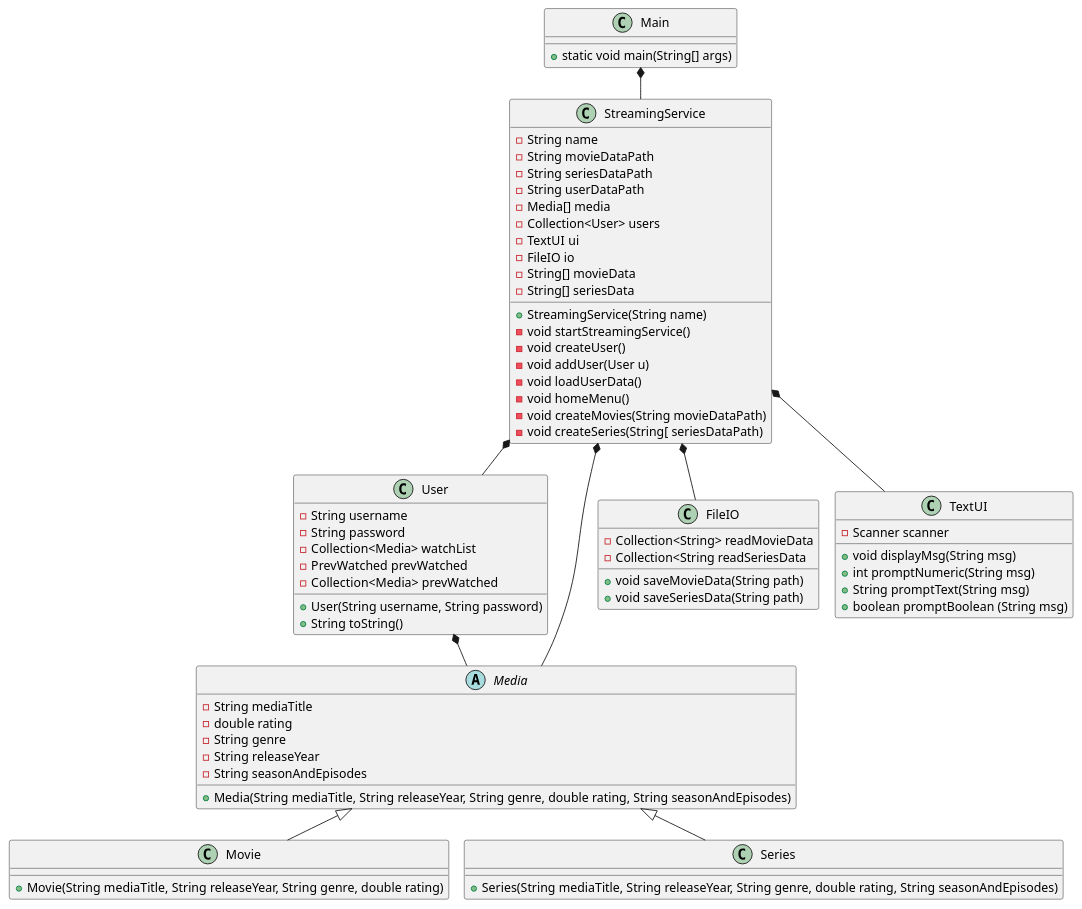
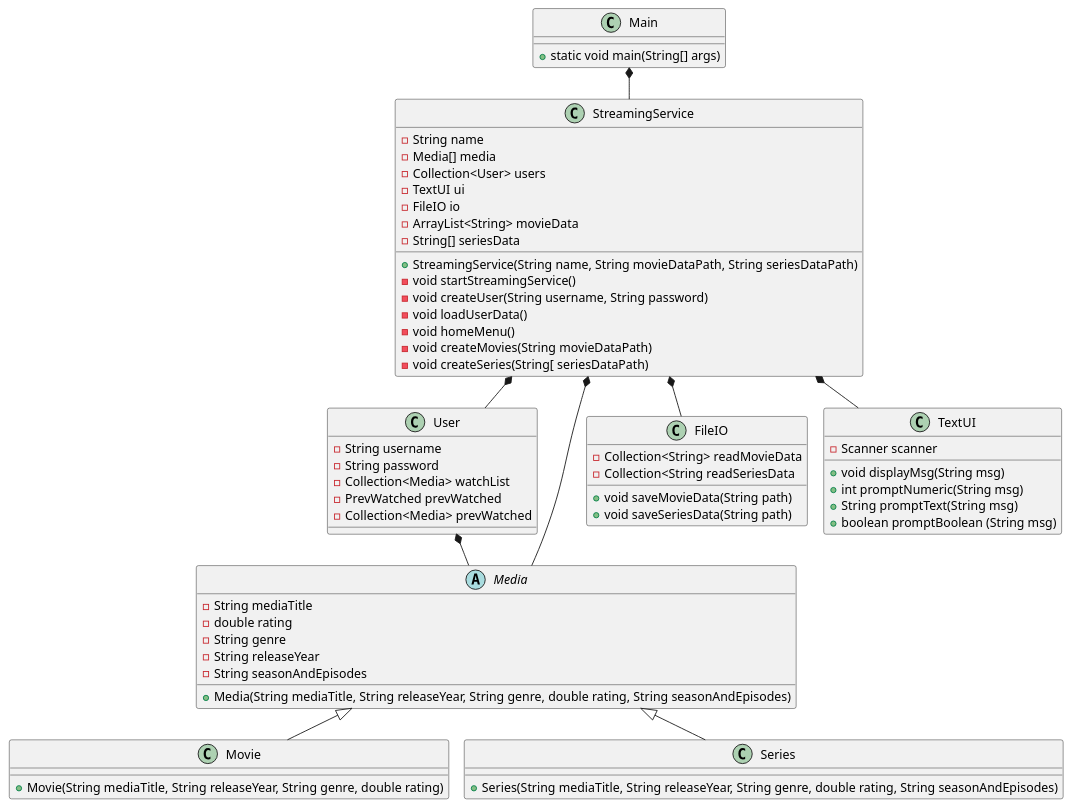
Before and after one commit to EmilDagsberg/SP3: the diagram in doc/classdiagram/classdiagram_v1.puml, drawn with PlantUML. The commit also changed 3 other files, not shown here.

```diff
--- a/doc/classdiagram/classdiagram_v1.puml
+++ b/doc/classdiagram/classdiagram_v1.puml
@@ -1,85 +1,79 @@
 @startuml
 !pragma layout smetana
 
 class Main {
 + static void main(String[] args)
 }
 
 class StreamingService{
 - String name
-- String movieDataPath
-- String seriesDataPath
-- String userDataPath
 - Media[] media
 - Collection<User> users
 - TextUI ui
 - FileIO io
-- String[] movieData
+- ArrayList<String> movieData
 - String[] seriesData
-+ StreamingService(String name)
++ StreamingService(String name, String movieDataPath, String seriesDataPath)
 - void startStreamingService()
-- void createUser()
-- void addUser(User u)
+- void createUser(String username, String password)
 - void loadUserData()
 - void homeMenu()
 - void createMovies(String movieDataPath)
 - void createSeries(String[ seriesDataPath)
 
 }
 
 class User {
 - String username
 - String password
 - Collection<Media> watchList
 - PrevWatched prevWatched
 - Collection<Media> prevWatched
-+ User(String username, String password)
-+ String toString()
 
 }
 
 
 abstract class Media{
 - String mediaTitle
 - double rating
 - String genre
 - String releaseYear
 - String seasonAndEpisodes
 +Media(String mediaTitle, String releaseYear, String genre, double rating, String seasonAndEpisodes)
 }
 
 class Movie{
 + Movie(String mediaTitle, String releaseYear, String genre, double rating)
 'metode der loader liste over film?
 
 }
 
 class Series{
 +Series(String mediaTitle, String releaseYear, String genre, double rating, String seasonAndEpisodes)
 'metode der loader liste over serier?
 }
 
 class FileIO {
 - Collection<String> readMovieData
 - Collection<String readSeriesData
 + void saveMovieData(String path)
 + void saveSeriesData(String path)
 }
 
 class TextUI {
 - Scanner scanner
 + void displayMsg(String msg)
 + int promptNumeric(String msg)
 + String promptText(String msg)
 + boolean promptBoolean (String msg)
 }
 
 Main *-- StreamingService
 StreamingService *-- User
 StreamingService *-- FileIO
 StreamingService *-- TextUI
 Media <|-- Movie
 Media <|-- Series
 StreamingService *-- Media
 User *-- Media
 @enduml
```
